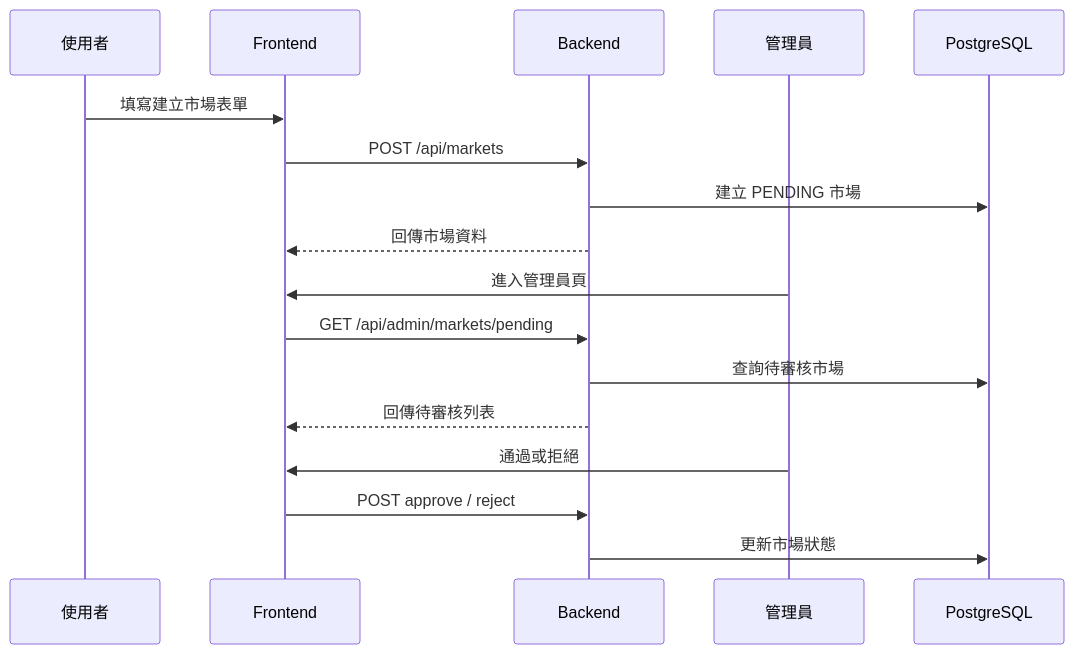
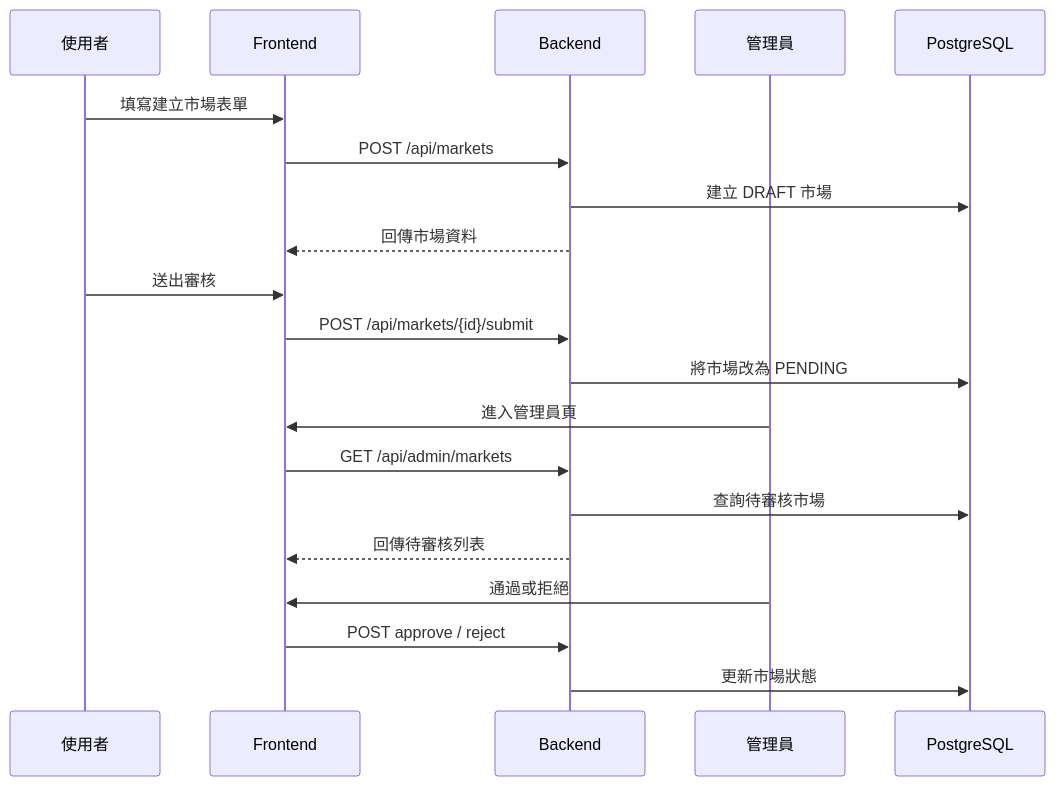
Before and after one commit to b2626826-blip/UcMarket: the third of 5 diagrams in docs/系統設計/網站架構.md, drawn with Mermaid. The commit also changed other lines of this file and 26 other files, not shown here.

````diff
--- a/docs/系統設計/網站架構.md
+++ b/docs/系統設計/網站架構.md
@@ -212,20 +215,23 @@
 ```mermaid
 sequenceDiagram
     participant U as 使用者
     participant F as Frontend
     participant B as Backend
     participant A as 管理員
     participant D as PostgreSQL
 
     U->>F: 填寫建立市場表單
     F->>B: POST /api/markets
-    B->>D: 建立 PENDING 市場
+    B->>D: 建立 DRAFT 市場
     B-->>F: 回傳市場資料
+    U->>F: 送出審核
+    F->>B: POST /api/markets/{id}/submit
+    B->>D: 將市場改為 PENDING
     A->>F: 進入管理員頁
-    F->>B: GET /api/admin/markets/pending
+    F->>B: GET /api/admin/markets
     B->>D: 查詢待審核市場
     B-->>F: 回傳待審核列表
     A->>F: 通過或拒絕
     F->>B: POST approve / reject
     B->>D: 更新市場狀態
 ```
````
